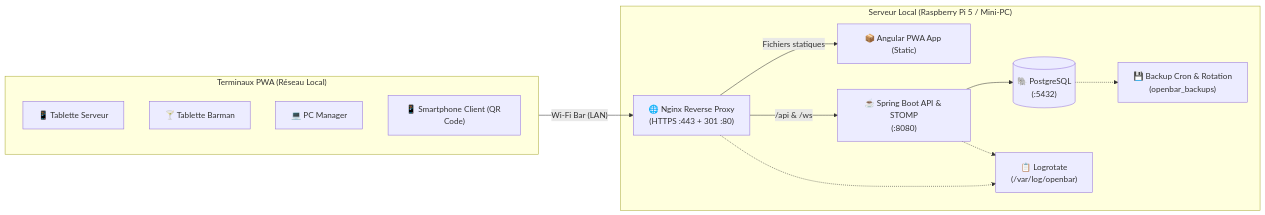
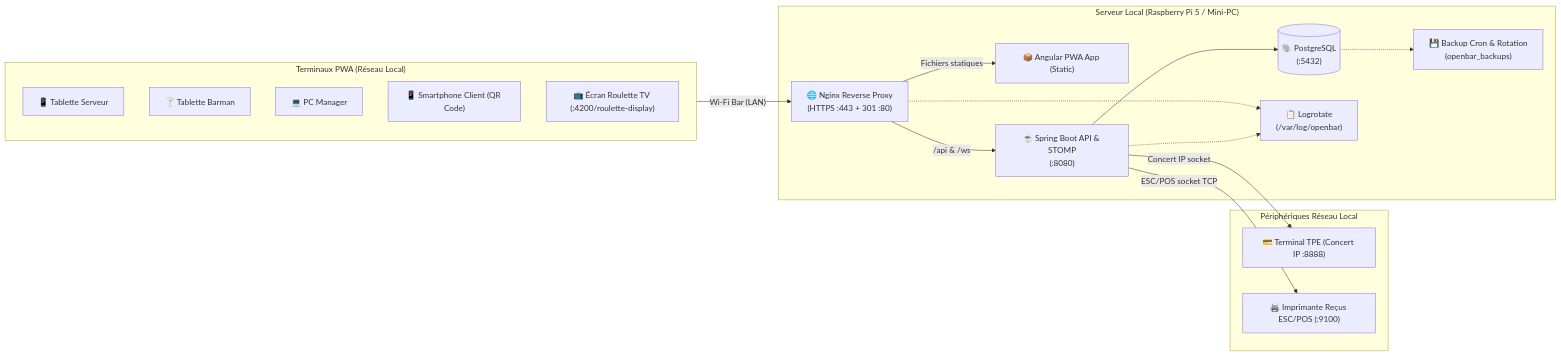
Before and after one commit to FunWarry/Open-Bar: the first of 3 diagrams in CLAUDE.md, drawn with Mermaid. The commit also changed other lines of this file and 8 other files, not shown here.

````diff
--- a/CLAUDE.md
+++ b/CLAUDE.md
@@ -36,26 +40,34 @@
 ```mermaid
 flowchart LR
     subgraph Clients ["Terminaux PWA (Réseau Local)"]
         T1["📱 Tablette Serveur"]
         T2["🍸 Tablette Barman"]
         T3["💻 PC Manager"]
         T4["📱 Smartphone Client (QR Code)"]
+        T5["📺 Écran Roulette TV (:4200/roulette-display)"]
+    end
+
+    subgraph Peripheriques ["Périphériques Réseau Local"]
+        TPE["💳 Terminal TPE (Concert IP :8888)"]
+        ESC["🖨️ Imprimante Reçus ESC/POS (:9100)"]
     end
 
     subgraph Server ["Serveur Local (Raspberry Pi 5 / Mini-PC)"]
         Nginx["🌐 Nginx Reverse Proxy\n(HTTPS :443 + 301 :80)"]
         PWA["📦 Angular PWA App (Static)"]
         Backend["☕ Spring Boot API & STOMP\n(:8080)"]
         Postgres[("🐘 PostgreSQL\n(:5432)")]
         Backup["💾 Backup Cron & Rotation\n(openbar_backups)"]
         Logrotate["📋 Logrotate\n(/var/log/openbar)"]
     end
 
     Clients -->|"Wi-Fi Bar (LAN)"| Nginx
     Nginx -->|"Fichiers statiques"| PWA
     Nginx -->|"/api & /ws"| Backend
     Backend --> Postgres
+    Backend -->|"Concert IP socket"| TPE
+    Backend -->|"ESC/POS socket TCP"| ESC
     Postgres -.-> Backup
     Backend -.-> Logrotate
     Nginx -.-> Logrotate
 ```
````
